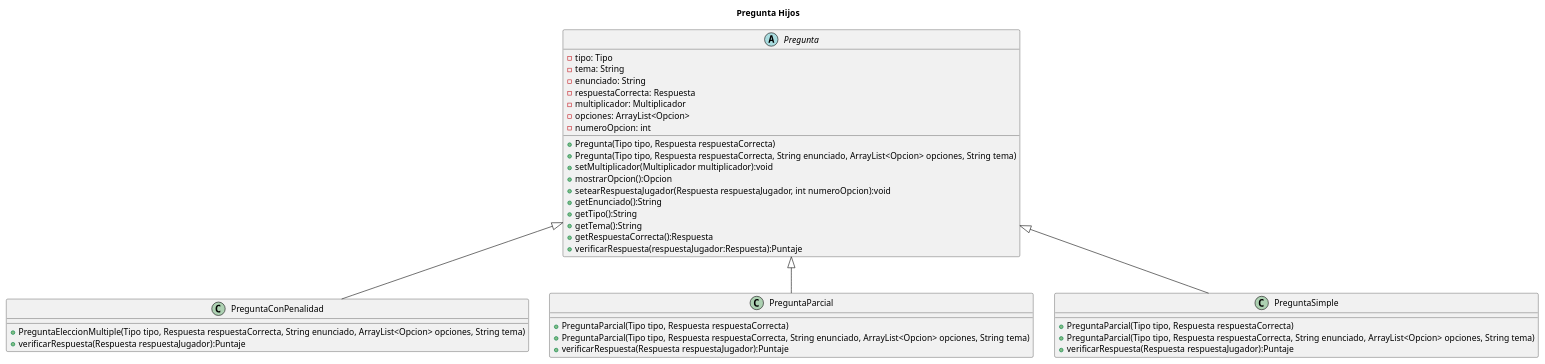
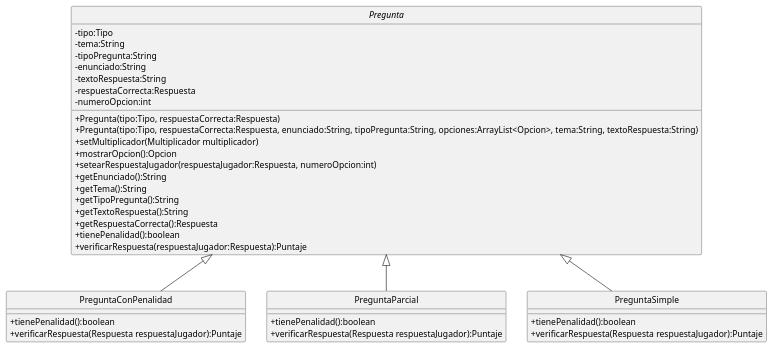
One commit to TomasContessi/g12-tp2-1c-2024 changed the diagram in diagramas/clases/diagramaClasesPreguntaSola.puml. Above: the diagram before and after it, drawn with PlantUML. The commit also changed other lines of this file and 31 other files, not shown here.

Commit message:
Agrego un diagrama y algunas correcciones

```diff
--- a/diagramas/clases/diagramaClasesPreguntaSola.puml
+++ b/diagramas/clases/diagramaClasesPreguntaSola.puml
@@ -2,45 +1,44 @@
 @startuml
 
-'https://plantuml.com/class-diagram
-
-title "Pregunta Hijos"
+skinparam monochrome true
+hide circle
+skinparam classAttributeIconSize 0
 
 abstract class Pregunta {
-   - tipo: Tipo
-    - tema: String
-    - enunciado: String
-    - respuestaCorrecta: Respuesta
-    - multiplicador: Multiplicador
-    - opciones: ArrayList<Opcion>
-    - numeroOpcion: int
-
-    + Pregunta(Tipo tipo, Respuesta respuestaCorrecta)
-    + Pregunta(Tipo tipo, Respuesta respuestaCorrecta, String enunciado, ArrayList<Opcion> opciones, String tema)
-    + setMultiplicador(Multiplicador multiplicador):void
+    - tipo:Tipo
+    - tema:String
+    - tipoPregunta:String
+    - enunciado:String
+    - textoRespuesta:String
+    - respuestaCorrecta:Respuesta
+    - numeroOpcion:int
+    + Pregunta(tipo:Tipo, respuestaCorrecta:Respuesta)
+    + Pregunta(tipo:Tipo, respuestaCorrecta:Respuesta, enunciado:String, tipoPregunta:String, opciones:ArrayList<Opcion>, tema:String, textoRespuesta:String)
+    + setMultiplicador(Multiplicador multiplicador)
     + mostrarOpcion():Opcion
-    + setearRespuestaJugador(Respuesta respuestaJugador, int numeroOpcion):void
+    + setearRespuestaJugador(respuestaJugador:Respuesta, numeroOpcion:int)
     + getEnunciado():String
-    + getTipo():String
     + getTema():String
+    + getTipoPregunta():String
+    + getTextoRespuesta():String
     + getRespuestaCorrecta():Respuesta
+    + tienePenalidad():boolean
     + verificarRespuesta(respuestaJugador:Respuesta):Puntaje
 }
 
 class PreguntaConPenalidad extends Pregunta{
-    + PreguntaEleccionMultiple(Tipo tipo, Respuesta respuestaCorrecta, String enunciado, ArrayList<Opcion> opciones, String tema)
+    + tienePenalidad():boolean
     + verificarRespuesta(Respuesta respuestaJugador):Puntaje
 }
 
 class PreguntaParcial extends Pregunta{
-    + PreguntaParcial(Tipo tipo, Respuesta respuestaCorrecta)
-    + PreguntaParcial(Tipo tipo, Respuesta respuestaCorrecta, String enunciado, ArrayList<Opcion> opciones, String tema)
+    + tienePenalidad():boolean
     + verificarRespuesta(Respuesta respuestaJugador):Puntaje
 }
 
 class PreguntaSimple extends Pregunta {
-    + PreguntaParcial(Tipo tipo, Respuesta respuestaCorrecta)
-    + PreguntaParcial(Tipo tipo, Respuesta respuestaCorrecta, String enunciado, ArrayList<Opcion> opciones, String tema)
+    + tienePenalidad():boolean
     + verificarRespuesta(Respuesta respuestaJugador):Puntaje
 }
 
 @enduml
```
